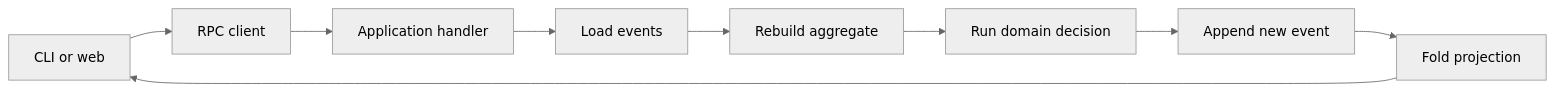
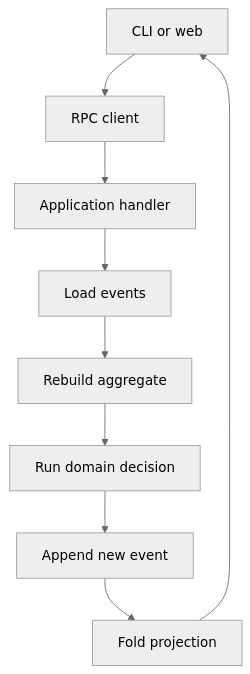
Before and after one commit to tatemz/es-ts-example: the diagram in README.md, drawn with Mermaid (neutral theme).

Commit message:
Draw the request flow top down
The flow ends by returning to the view, so a horizontal layout stretched the
loop-back edge across the whole diagram.

````diff
--- a/README.md
+++ b/README.md
@@ -295,11 +295,11 @@
 ```mermaid
-flowchart LR
+flowchart TD
   view["CLI or web"] --> rpc["RPC client"]
   rpc --> handler["Application handler"]
   handler --> load["Load events"]
   load --> aggregate["Rebuild aggregate"]
   aggregate --> decision["Run domain decision"]
   decision --> append["Append new event"]
   append --> query["Fold projection"]
   query --> view
 ```
````
